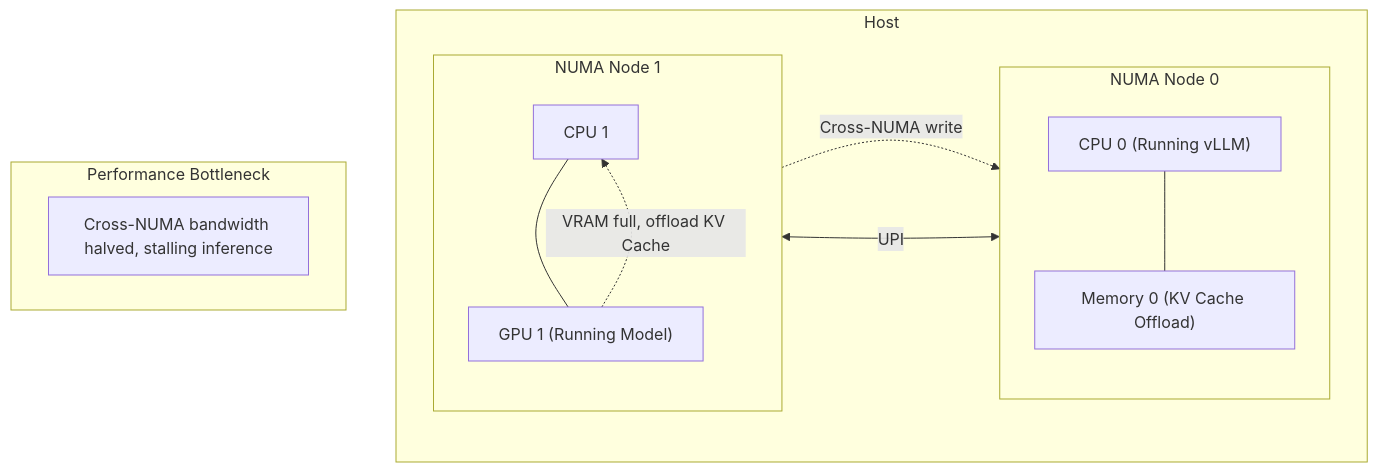
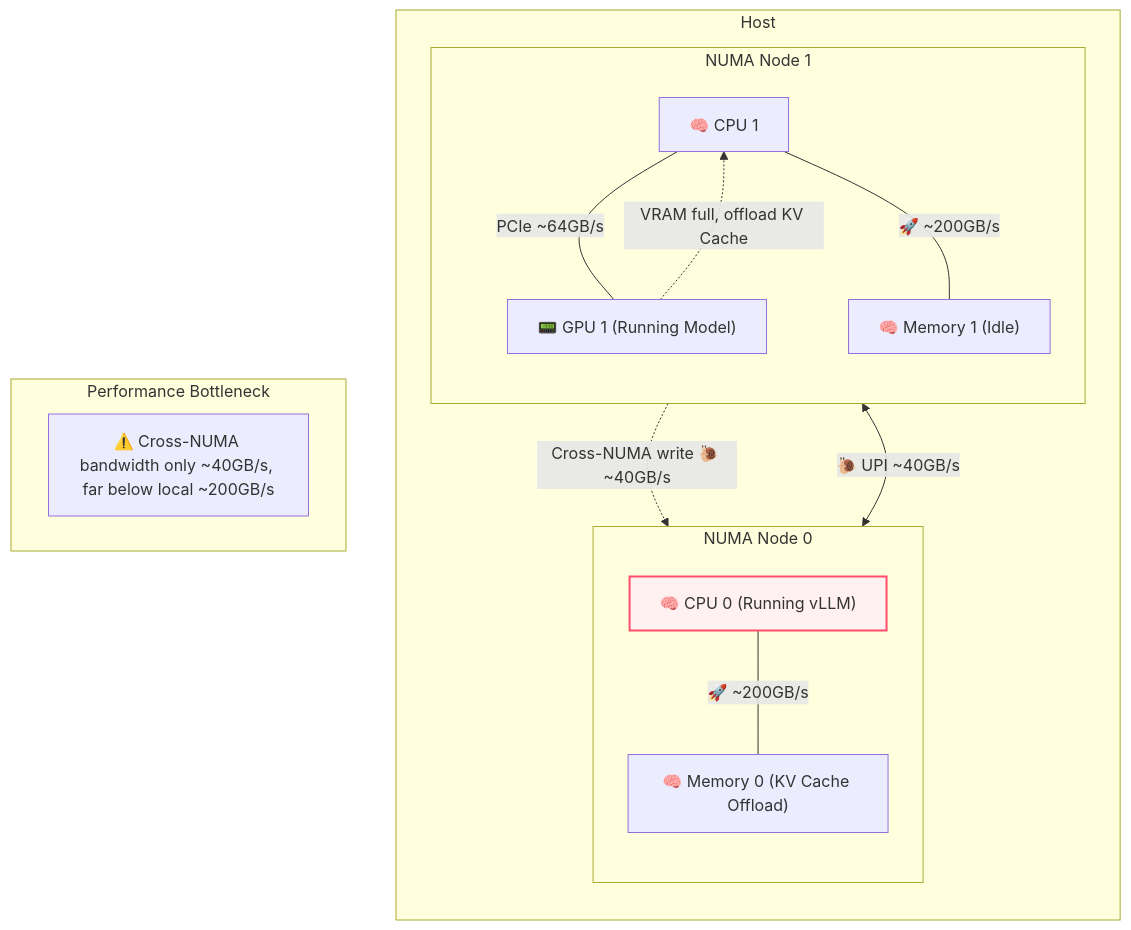
Before and after one commit to Random-Liu/llm-inference-principle-to-production: the fourth of 5 diagrams in parts/part5_k8s.md, drawn with Mermaid. The commit also changed other lines of this file and 1 other file, not shown here.

First line of the commit message:
feat(part5): refine diagrams, network topology, and references in Part 5

````diff
--- a/parts/part5_k8s.md
+++ b/parts/part5_k8s.md
@@ -342,23 +342,24 @@
 ```mermaid
 graph TD
     subgraph Host ["Host"]
-        direction LR
+        direction TB
         subgraph NUMA0 ["NUMA Node 0"]
             direction TB
-            CPU0["CPU 0 (Running vLLM)"] --- RAM0["Memory 0 (KV Cache Offload)"]
+            CPU0["🧠 CPU 0 (Running vLLM)"] ---|"🚀 ~200GB/s"| RAM0["🧠 Memory 0 (KV Cache Offload)"]
         end
         subgraph NUMA1 ["NUMA Node 1"]
             direction TB
-            CPU1["CPU 1"] --- GPU1["GPU 1 (Running Model)"]
+            CPU1["🧠 CPU 1"] ---|"PCIe ~64GB/s"| GPU1["📟 GPU 1 (Running Model)"]
+            CPU1 ---|"🚀 ~200GB/s"| RAM1["🧠 Memory 1 (Idle)"]
         end
-        CPU0 <-->|UPI| CPU1
+        CPU0 <-->|"🐌 UPI ~40GB/s"| CPU1
     end
     
     subgraph Mismatch ["Performance Bottleneck"]
         GPU1 -.->|VRAM full, offload KV Cache| CPU1
-        CPU1 -.->|Cross-NUMA write| RAM0
-        note["Cross-NUMA bandwidth halved, stalling inference"]
+        CPU1 -.->|"Cross-NUMA write 🐌 ~40GB/s"| RAM0
+        note["⚠️ Cross-NUMA bandwidth only ~40GB/s, far below local ~200GB/s"]
     end
     
-    CPU0 ~~~ GPU1
+    style CPU0 fill:#fff0f2,stroke:#ff4d6d,stroke-width:2px
 ```
````
